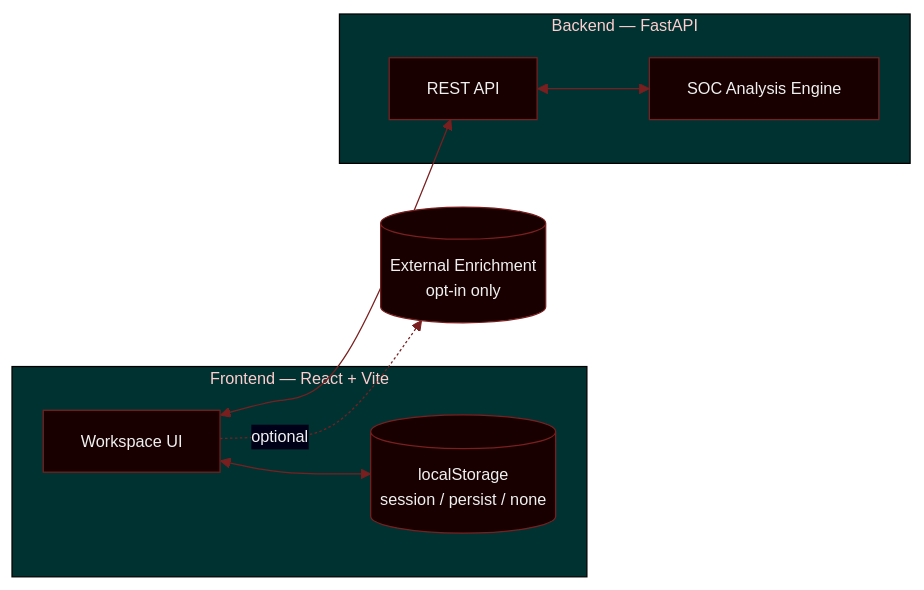
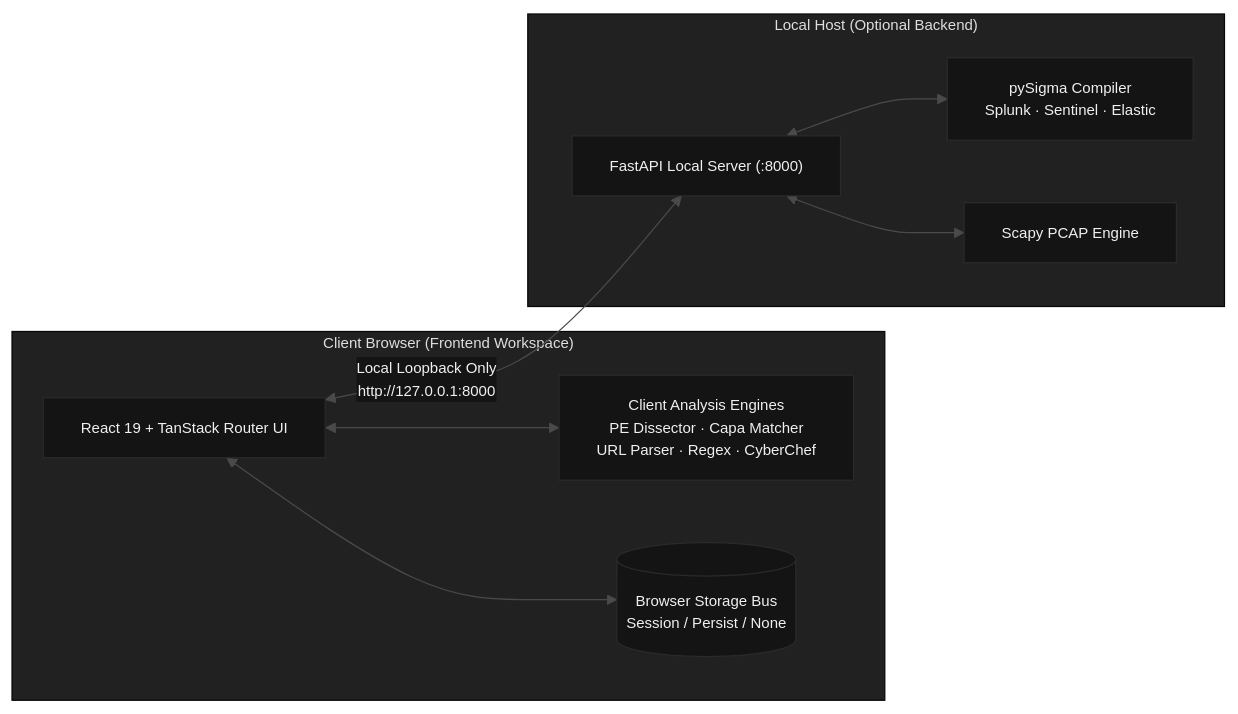
One commit to kripy17/BeyondArch changed the second of 2 diagrams in README.md. Above: the diagram before and after it, drawn with Mermaid. The commit also changed other lines of this file and 1 other file, not shown here.

Commit message:
docs: overhaul README with accurate BeyondArch architecture, 25+ workspaces, and modern stack

````diff
--- a/README.md
+++ b/README.md
@@ -191,25 +187,28 @@
 ```mermaid
 %%{init: {'theme':'base', 'themeVariables': {
-  'primaryColor':'#180000',
-  'primaryBorderColor':'#7a1f1f',
+  'primaryColor':'#141414',
+  'primaryBorderColor':'#2a2a2a',
   'primaryTextColor':'#f0f0f0',
-  'lineColor':'#7a1f1f',
-  'fontFamily':'JetBrains Mono, Fira Code, monospace',
-  'fontSize':'13px'
+  'lineColor':'#4a4a4a',
+  'fontFamily':'JetBrains Mono, monospace',
+  'fontSize':'12px'
 }}}%%
 flowchart LR
-    subgraph Browser["Frontend — React + Vite"]
-        UI["Workspace UI"]
-        LS[("localStorage<br/>session / persist / none")]
+    subgraph Browser["Client Browser (Frontend Workspace)"]
+        UI["React 19 + TanStack Router UI"]
+        ENGINES["Client Analysis Engines<br/>PE Dissector · Capa Matcher<br/>URL Parser · Regex · CyberChef"]
+        STORE[("Browser Storage Bus<br/>Session / Persist / None")]
     end
-    subgraph Server["Backend — FastAPI"]
-        API["REST API"]
-        ENGINE["SOC Analysis Engine"]
+
+    subgraph Host["Local Host (Optional Backend)"]
+        API["FastAPI Local Server (:8000)"]
+        PYSIGMA["pySigma Compiler<br/>Splunk · Sentinel · Elastic"]
+        SCAPY["Scapy PCAP Engine"]
     end
-    EXT[("External Enrichment<br/>opt-in only")]
 
-    UI <--> API
-    UI <--> LS
-    API <--> ENGINE
-    UI -.optional.-> EXT
+    UI <--> ENGINES
+    UI <--> STORE
+    UI <-->|"Local Loopback Only<br/>http://127.0.0.1:8000"| API
+    API <--> PYSIGMA
+    API <--> SCAPY
 ```
````
